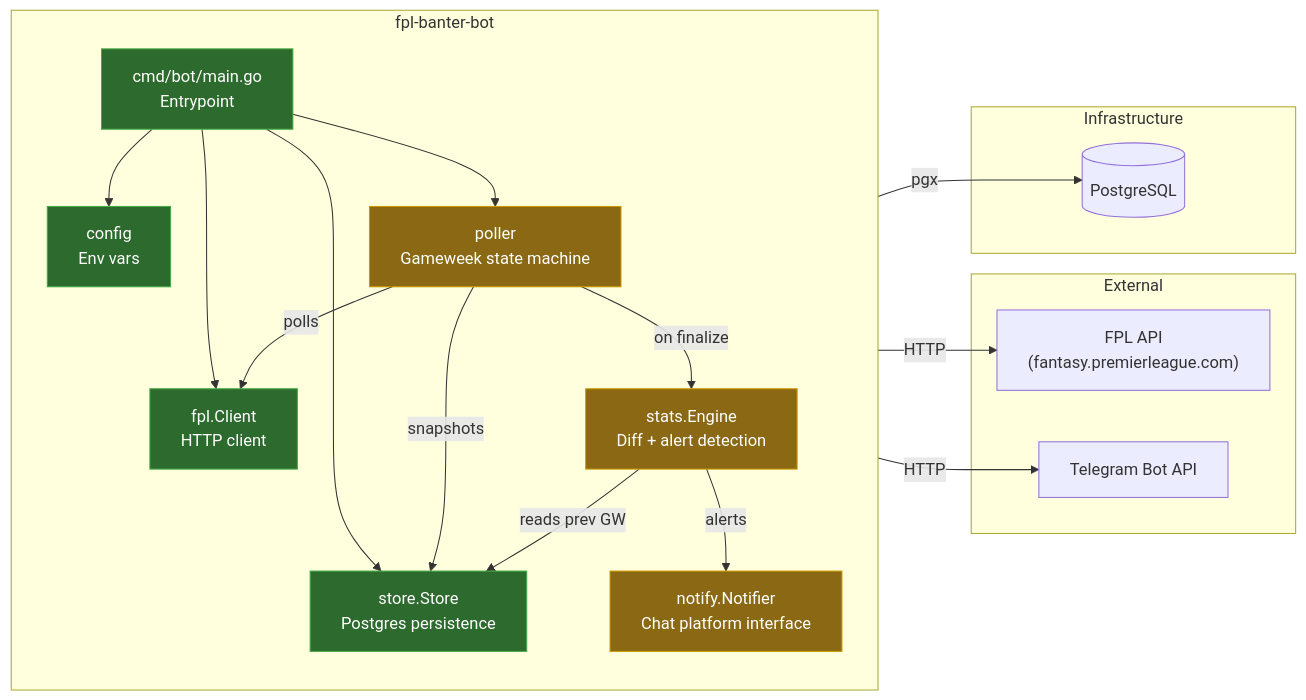
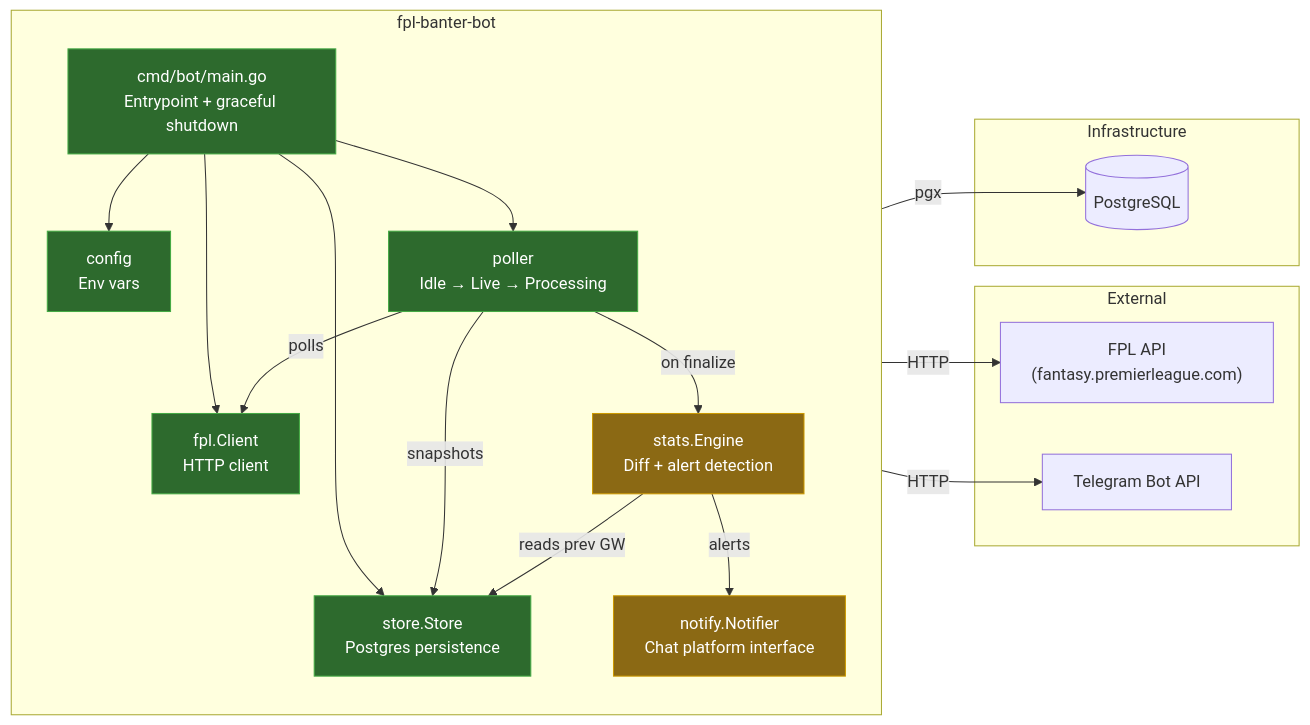
One commit to chrislonge/fpl-banter-bot changed the diagram in README.md. Above: the diagram before and after it, drawn with Mermaid. The commit also changed other lines of this file and 4 other files, not shown here.

First line of the commit message:
Phase 1.4: Polling state machine - adaptive gameweek lifecycle coordinator (#3)

````diff
--- a/README.md
+++ b/README.md
@@ -21,43 +21,43 @@
 ```mermaid
 flowchart LR
     subgraph External
         FPL["FPL API\n(fantasy.premierleague.com)"]
         TG["Telegram Bot API"]
     end
 
     subgraph "fpl-banter-bot"
         direction TB
-        MAIN["cmd/bot/main.go\nEntrypoint"]
+        MAIN["cmd/bot/main.go\nEntrypoint + graceful shutdown"]
         CONFIG["config\nEnv vars"]
         CLIENT["fpl.Client\nHTTP client"]
         STORE["store.Store\nPostgres persistence"]
-        POLLER["poller\nGameweek state machine"]
+        POLLER["poller\nIdle → Live → Processing"]
         STATS["stats.Engine\nDiff + alert detection"]
         NOTIFY["notify.Notifier\nChat platform interface"]
     end
 
     subgraph Infrastructure
         PG[("PostgreSQL")]
     end
 
     MAIN --> CONFIG
     MAIN --> CLIENT
     MAIN --> STORE
     MAIN --> POLLER
     POLLER -- "polls" --> CLIENT
     CLIENT -- "HTTP" --> FPL
     POLLER -- "snapshots" --> STORE
     STORE -- "pgx" --> PG
     POLLER -- "on finalize" --> STATS
     STATS -- "reads prev GW" --> STORE
     STATS -- "alerts" --> NOTIFY
     NOTIFY -- "HTTP" --> TG
 
     style CONFIG fill:#2d6a2d,stroke:#4a4,color:#fff
     style CLIENT fill:#2d6a2d,stroke:#4a4,color:#fff
     style STORE fill:#2d6a2d,stroke:#4a4,color:#fff
     style MAIN fill:#2d6a2d,stroke:#4a4,color:#fff
-    style POLLER fill:#8b6914,stroke:#c90,color:#fff
+    style POLLER fill:#2d6a2d,stroke:#4a4,color:#fff
     style STATS fill:#8b6914,stroke:#c90,color:#fff
     style NOTIFY fill:#8b6914,stroke:#c90,color:#fff
 ```
````
